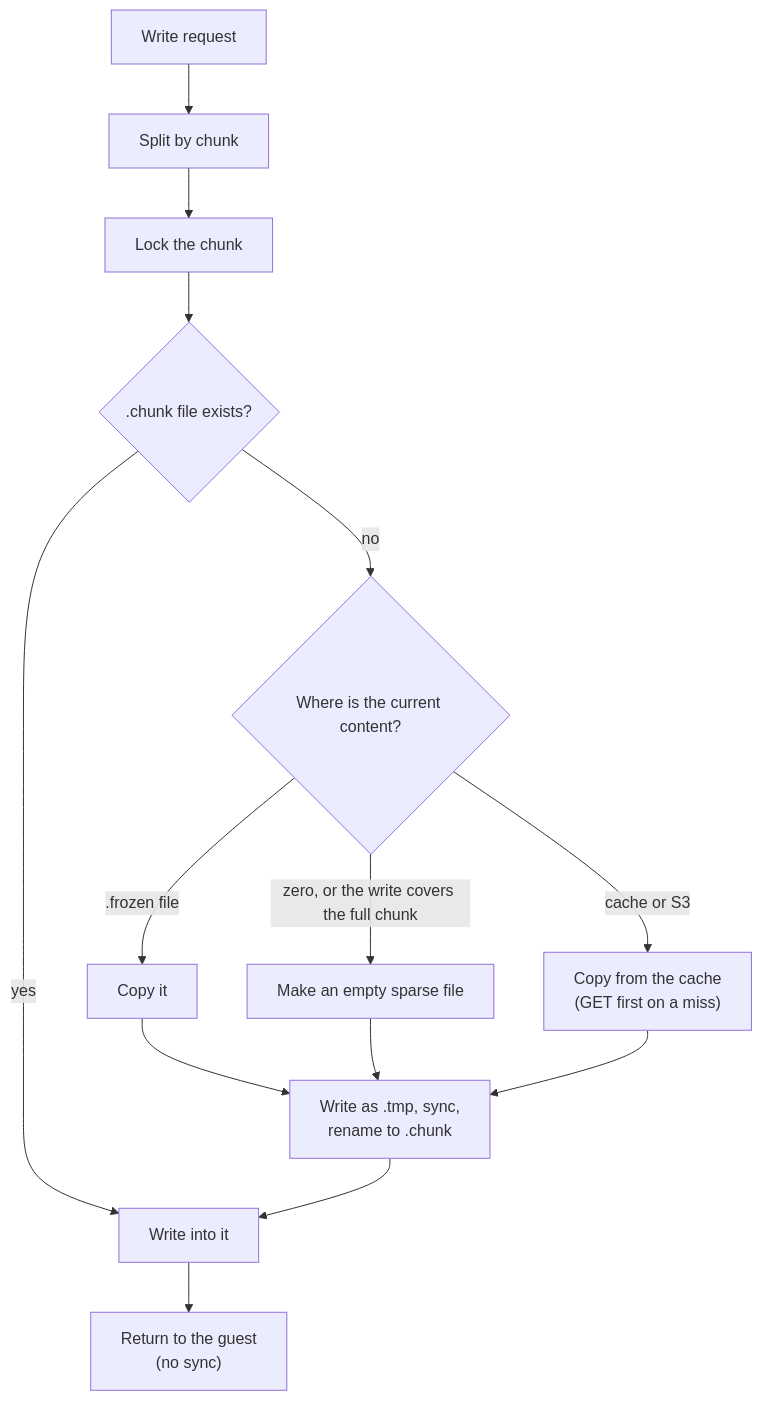
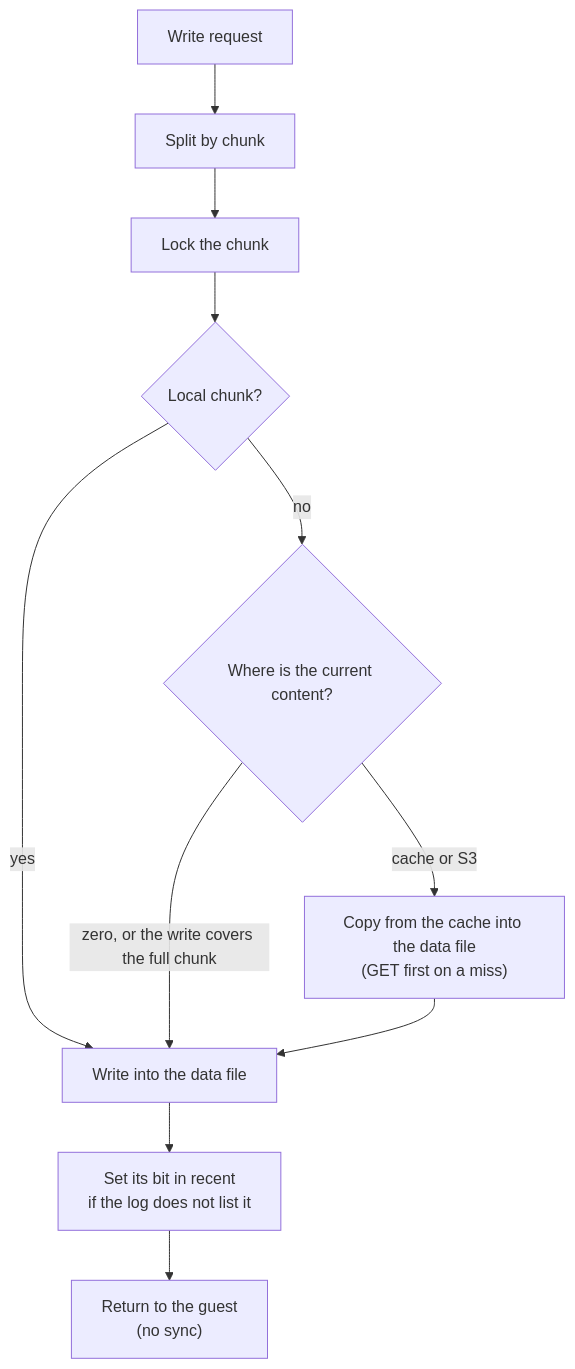
Before and after one commit to tanmoysrt/mica: the fifth of 10 diagrams in docs/architecture.md, drawn with Mermaid. The commit also changed other lines of this file and 38 other files, not shown here.

````diff
--- a/docs/architecture.md
+++ b/docs/architecture.md
@@ -138,14 +156,13 @@
 ```mermaid
 flowchart TD
     write["Write request"] --> split["Split by chunk"]
     split --> lock["Lock the chunk"]
-    lock --> q1{".chunk file exists?"}
-    q1 -- yes --> w["Write into it"]
+    lock --> q1{"Local chunk?"}
+    q1 -- yes --> w["Write into the data file"]
     q1 -- no --> src{"Where is the current content?"}
-    src -- ".frozen file" --> copy1["Copy it"]
-    src -- "zero, or the write covers the full chunk" --> sparse["Make an empty sparse file"]
-    src -- "cache or S3" --> copy2["Copy from the cache<br/>(GET first on a miss)"]
-    copy1 & sparse & copy2 --> tmp["Write as .tmp, sync,<br/>rename to .chunk"]
-    tmp --> w
-    w --> done["Return to the guest<br/>(no sync)"]
+    src -- "zero, or the write covers the full chunk" --> w
+    src -- "cache or S3" --> copy["Copy from the cache into the data file<br/>(GET first on a miss)"]
+    copy --> w
+    w --> list["Set its bit in recent<br/>if the log does not list it"]
+    list --> done["Return to the guest<br/>(no sync)"]
 ```
````
